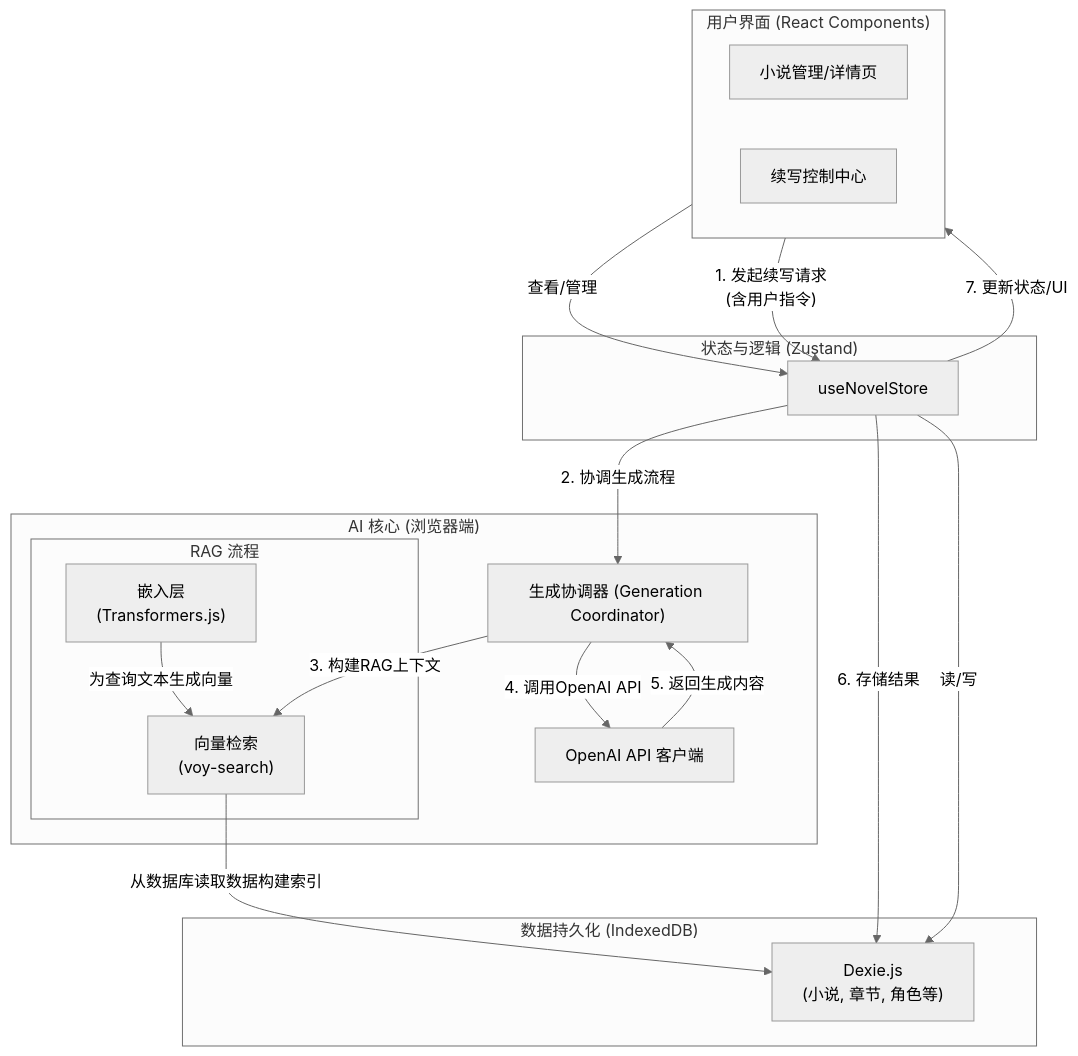
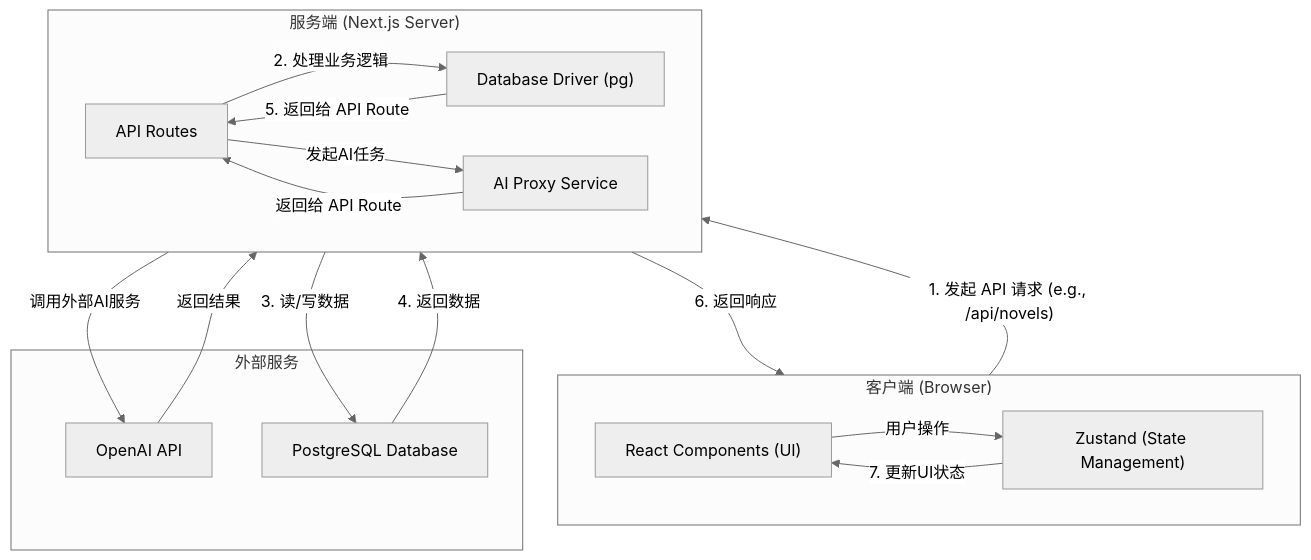
One commit to SliverKeigo/infinitenovel changed the diagram in README.md. Above: the diagram before and after it, drawn with Mermaid (neutral theme). The commit also changed other lines of this file and 1 other file, not shown here.

Commit message:
docs: Rewrite README and add DB schema
Completely rewrote the README.md to reflect the project's new full-stack architecture. Updated features, tech stack, and setup instructions. Added db.sql to provide the necessary database schema for new developers.

````diff
--- a/README.md
+++ b/README.md
@@ -43,44 +44,36 @@
 ```mermaid
 graph TD
-    subgraph "用户界面 (React Components)"
+    subgraph "客户端 (Browser)"
         direction LR
-        A1["小说管理/详情页"]
-        A2["续写控制中心"]
+        A1["React Components (UI)"]
+        A2["Zustand (State Management)"]
     end
 
-    subgraph "状态与逻辑 (Zustand)"
-        B["useNovelStore"]
+    subgraph "服务端 (Next.js Server)"
+        direction LR
+        B["API Routes"]
+        C["AI Proxy Service"]
+        D["Database Driver (pg)"]
+    end
+    
+    subgraph "外部服务"
+        E["OpenAI API"]
+        F["PostgreSQL Database"]
     end
 
-    subgraph "AI 核心 (浏览器端)"
-        C["生成协调器 (Generation Coordinator)"]
-        subgraph "RAG 流程"
-            D["嵌入层<br/>(Transformers.js)"]
-            E["向量检索<br/>(voy-search)"]
-        end
-        F["OpenAI API 客户端"]
-    end
+    %% Flow
+    A1 -- "用户操作" --> A2
+    A2 -- "1. 发起 API 请求 (e.g., /api/novels)" --> B
     
-    subgraph "数据持久化 (IndexedDB)"
-        G["Dexie.js<br/>(小说, 章节, 角色等)"]
-    end
+    B -- "2. 处理业务逻辑" --> D
+    D -- "3. 读/写数据" --> F
+    F -- "4. 返回数据" --> D
+    D -- "5. 返回给 API Route" --> B
+    B -- "6. 返回响应" --> A2
+    A2 -- "7. 更新UI状态" --> A1
 
-    %% 用户操作
-    A1 -- "查看/管理" --> B
-    A2 -- "1. 发起续写请求<br/>(含用户指令)" --> B
-
-    %% 状态逻辑
-    B -- "2. 协调生成流程" --> C
-    B -- "7. 更新状态/UI" --> A1
-    B -- "6. 存储结果" --> G
-
-    %% AI 核心逻辑
-    C -- "3. 构建RAG上下文" --> E
-    E -- "从数据库读取数据构建索引" --> G
-    D -- "为查询文本生成向量" --> E
-    C -- "4. 调用OpenAI API" --> F
-    F -- "5. 返回生成内容" --> C
-
-    %% 数据流动
-    B -- "读/写" --> G
+    B -- "发起AI任务" --> C
+    C -- "调用外部AI服务" --> E
+    E -- "返回结果" --> C
+    C -- "返回给 API Route" --> B
 ```
````
